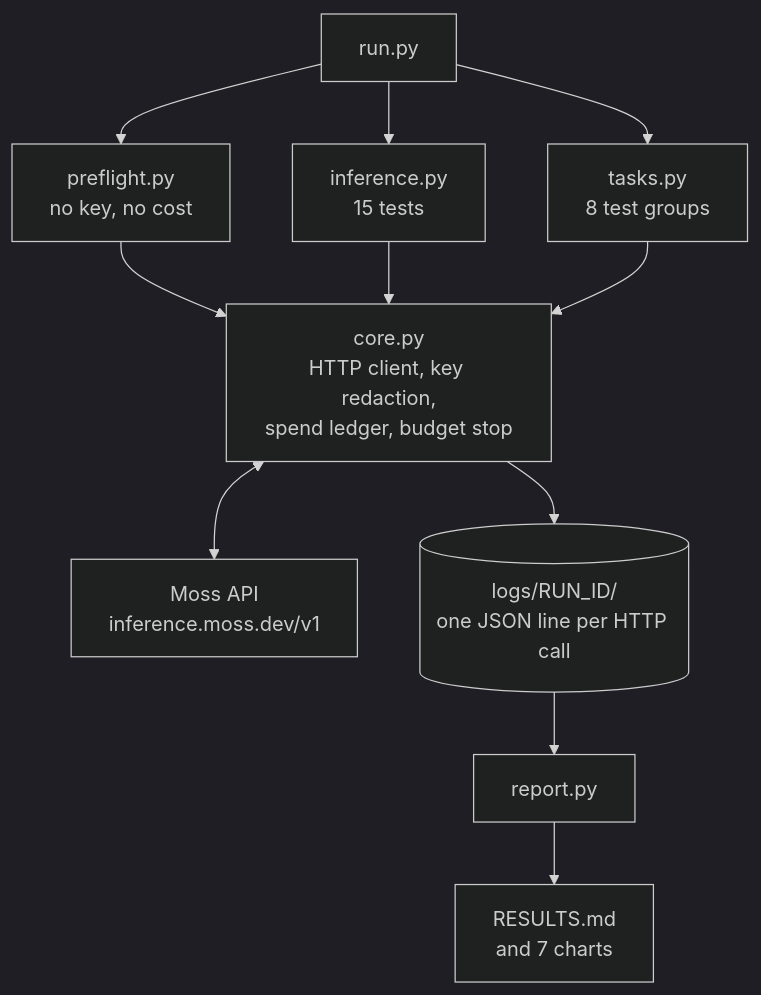
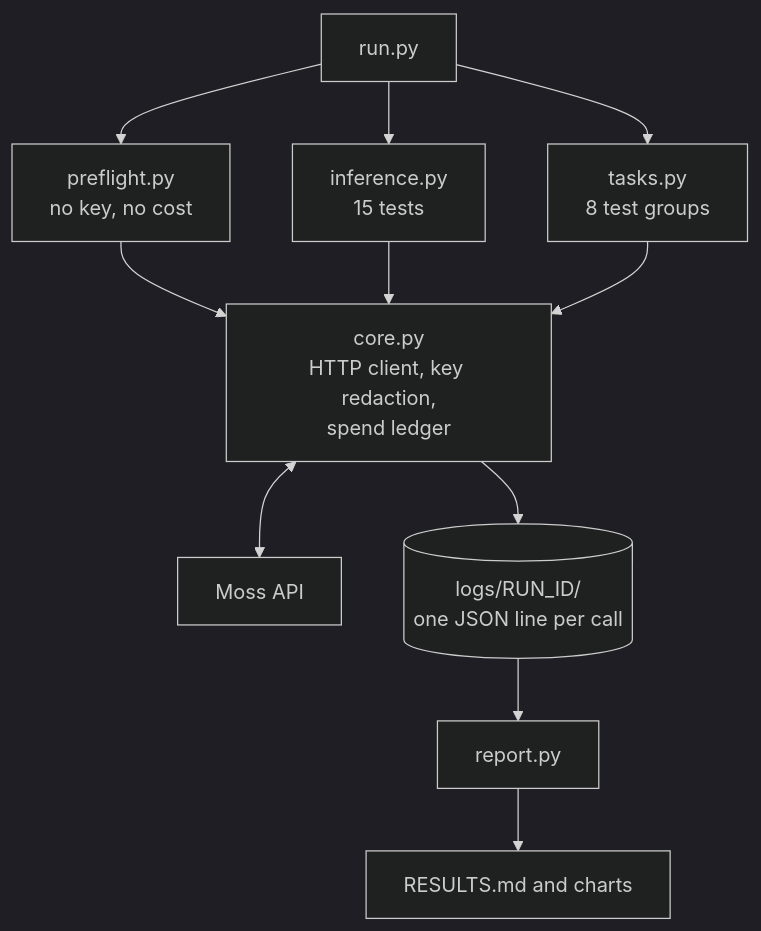
The diagram in README.md (Rishi0507/moss-eval), drawn with Mermaid (dark theme) before and after one commit. The commit also changed other lines of this file, not shown here.

Commit message:
Trim README to the results and fix the clipped diagram

````diff
--- a/README.md
+++ b/README.md
@@ -240,13 +30,13 @@
 ```mermaid
 flowchart TD
     run["run.py"] --> pre["preflight.py<br/>no key, no cost"]
     run --> inf["inference.py<br/>15 tests"]
     run --> tsk["tasks.py<br/>8 test groups"]
-    pre --> core["core.py<br/>HTTP client, key redaction,<br/>spend ledger, budget stop"]
+    pre --> core["core.py<br/>HTTP client, key redaction,<br/>spend ledger"]
     inf --> core
     tsk --> core
-    core <--> api["Moss API<br/>inference.moss.dev/v1"]
-    core --> logs[("logs/RUN_ID/<br/>one JSON line per HTTP call")]
+    core <--> api["Moss API"]
+    core --> logs[("logs/RUN_ID/<br/>one JSON line per call")]
     logs --> rep["report.py"]
-    rep --> out["RESULTS.md<br/>and 7 charts"]
+    rep --> out["RESULTS.md and charts"]
 ```
````
